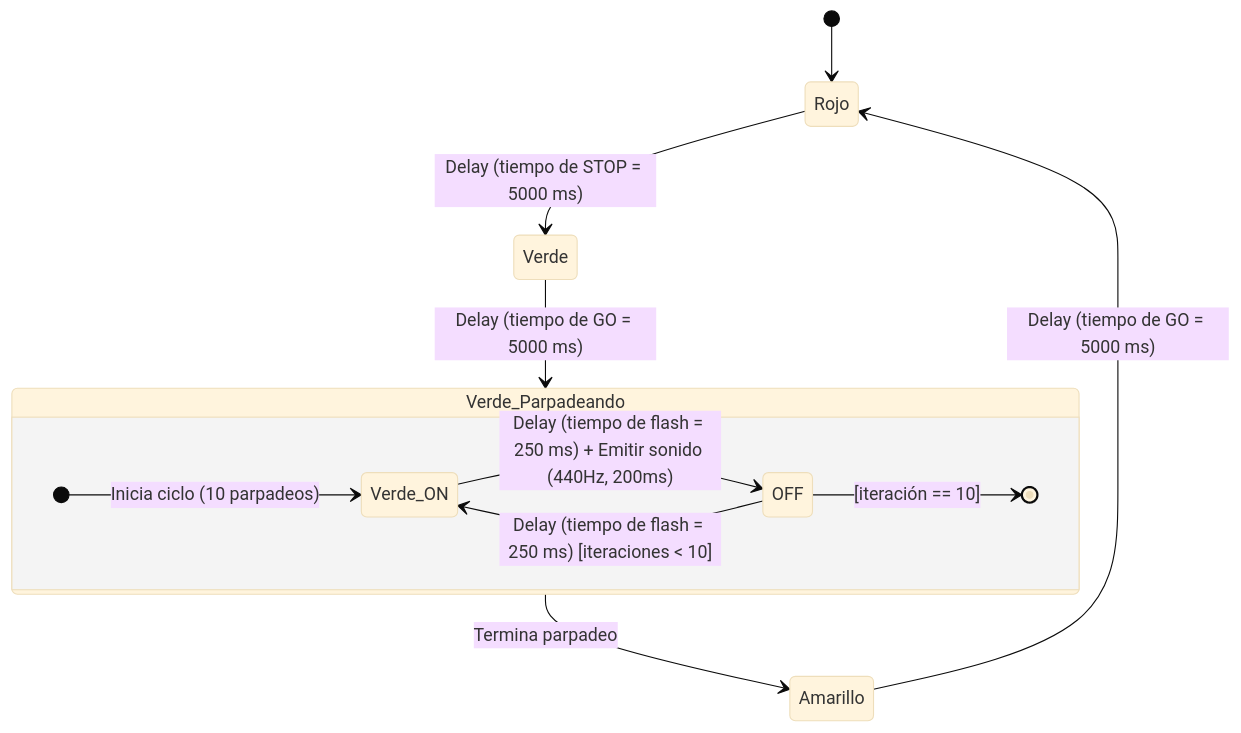
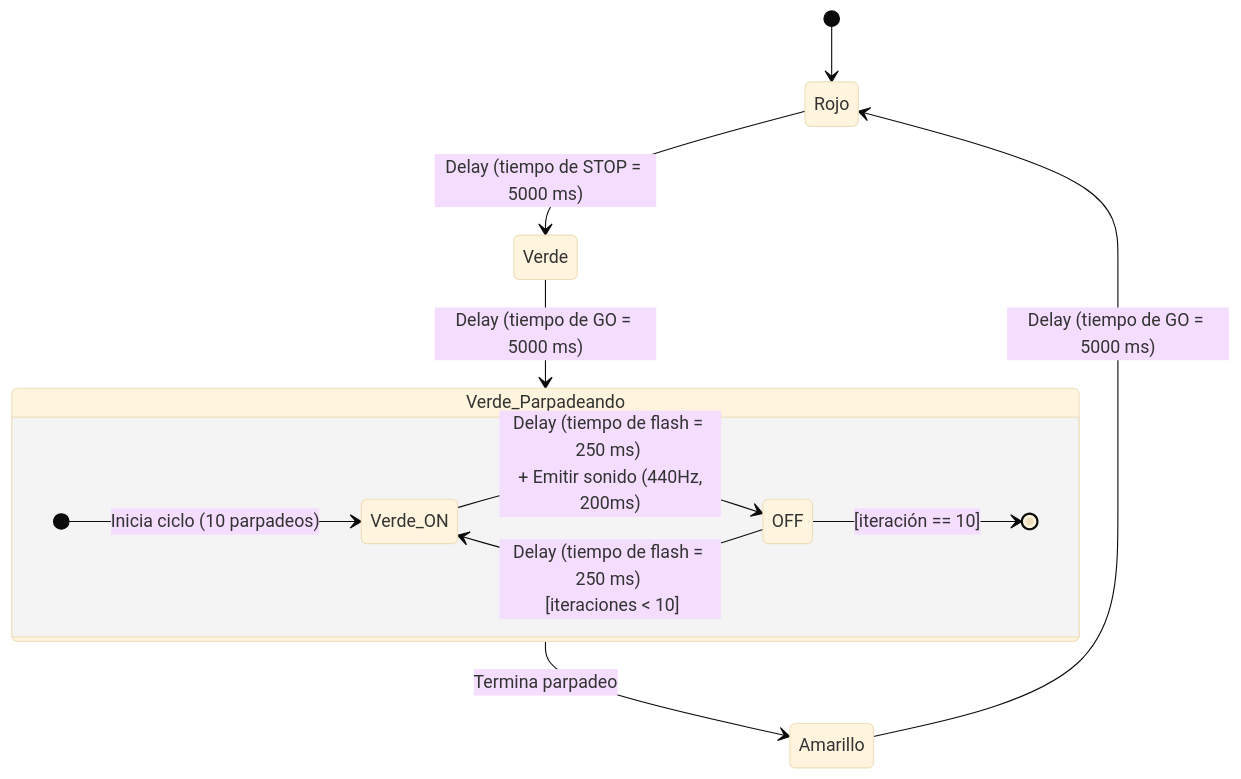
The diagram in README.md (bji-ci0155-I-2026/lab-1-circuit-playground-classic), drawn with Mermaid (base theme) before and after one commit.

Commit message:
fix: mermaid cambios de linea

````diff
--- a/README.md
+++ b/README.md
@@ -101,20 +101,20 @@
 ```mermaid
 stateDiagram-v2
     direction TB
     
     [*] --> Rojo
     
     Rojo --> Verde : Delay (tiempo de STOP = 5000 ms)
     Verde --> Verde_Parpadeando : Delay (tiempo de GO = 5000 ms)
     Verde_Parpadeando --> Amarillo : Termina parpadeo
     Amarillo --> Rojo : Delay (tiempo de GO = 5000 ms)
 
     state Verde_Parpadeando {
         direction LR
         [*] --> Verde_ON : Inicia ciclo (10 parpadeos)
         
-        Verde_ON --> OFF : Delay (tiempo de flash = 250 ms) + Emitir sonido (440Hz, 200ms)
-        OFF --> Verde_ON : Delay (tiempo de flash = 250 ms) [iteraciones < 10]
+        Verde_ON --> OFF : Delay (tiempo de flash = 250 ms) <br> + Emitir sonido (440Hz, 200ms)
+        OFF --> Verde_ON : Delay (tiempo de flash = 250 ms) <br> [iteraciones < 10]
         OFF --> [*] : [iteración == 10]
     }
 ```
````
